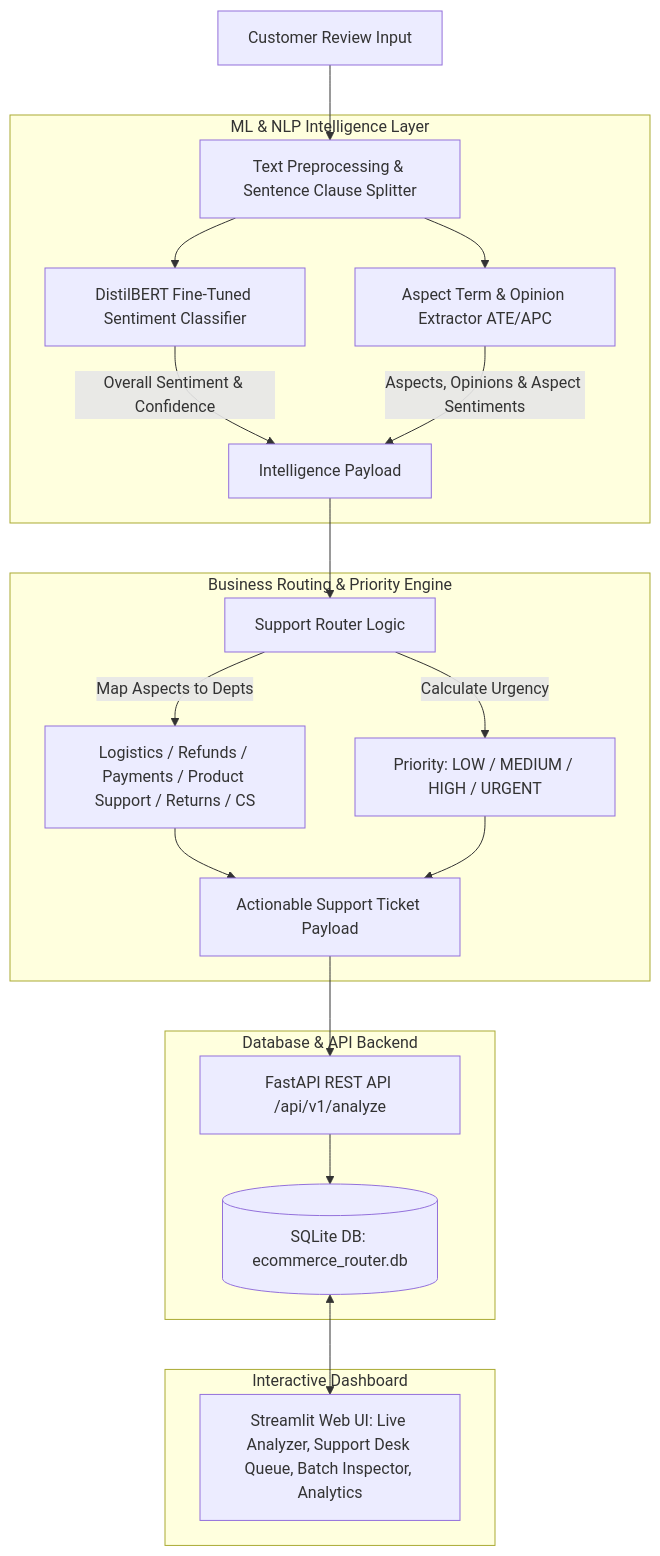
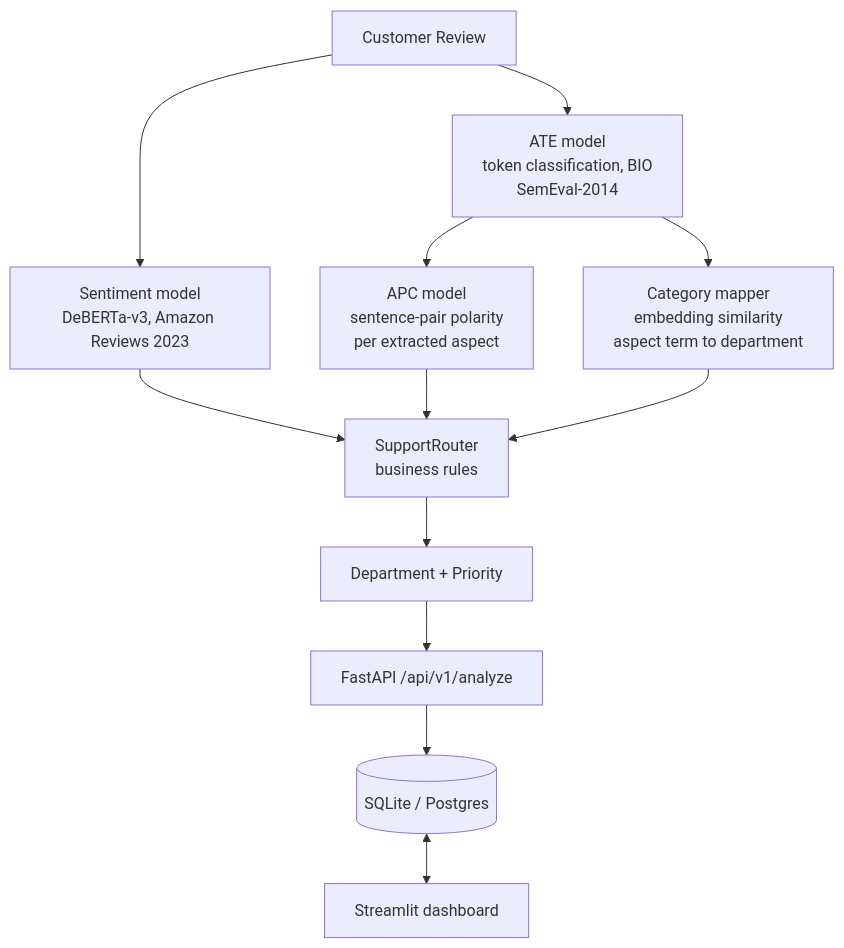
The diagram in README.md (Sahil-Khilari/intelligent-review-router), drawn with Mermaid before and after one commit. The commit also changed other lines of this file, not shown here.

````diff
--- a/README.md
+++ b/README.md
@@ -9,28 +9,14 @@
 ```mermaid
 flowchart TD
-    A[Customer Review Input] --> B[Text Preprocessing & Sentence Clause Splitter]
-    
-    subgraph ML_Intelligence_Layer ["ML & NLP Intelligence Layer"]
-        B --> C[DistilBERT Fine-Tuned Sentiment Classifier]
-        B --> D[Aspect Term & Opinion Extractor ATE/APC]
-        
-        C -->|Overall Sentiment & Confidence| E[Intelligence Payload]
-        D -->|Aspects, Opinions & Aspect Sentiments| E
-    end
-
-    subgraph Business_Routing_Layer ["Business Routing & Priority Engine"]
-        E --> F[Support Router Logic]
-        F -->|Map Aspects to Depts| G[Logistics / Refunds / Payments / Product Support / Returns / CS]
-        F -->|Calculate Urgency| H[Priority: LOW / MEDIUM / HIGH / URGENT]
-        G & H --> I[Actionable Support Ticket Payload]
-    end
-
-    subgraph Persistence_API_Layer ["Database & API Backend"]
-        I --> J[FastAPI REST API /api/v1/analyze]
-        J --> K[(SQLite DB: ecommerce_router.db)]
-    end
-
-    subgraph Frontend_UI_Layer ["Interactive Dashboard"]
-        K <--> L[Streamlit Web UI: Live Analyzer, Support Desk Queue, Batch Inspector, Analytics]
-    end
+    A[Customer Review] --> S[Sentiment model<br/>DeBERTa-v3, Amazon Reviews 2023]
+    A --> T[ATE model<br/>token classification, BIO<br/>SemEval-2014]
+    T --> P[APC model<br/>sentence-pair polarity<br/>per extracted aspect]
+    T --> M[Category mapper<br/>embedding similarity<br/>aspect term to department]
+    S --> R[SupportRouter<br/>business rules]
+    P --> R
+    M --> R
+    R --> D[Department + Priority]
+    D --> API[FastAPI /api/v1/analyze]
+    API --> DB[(SQLite / Postgres)]
+    DB <--> UI[Streamlit dashboard]
 ```
````
